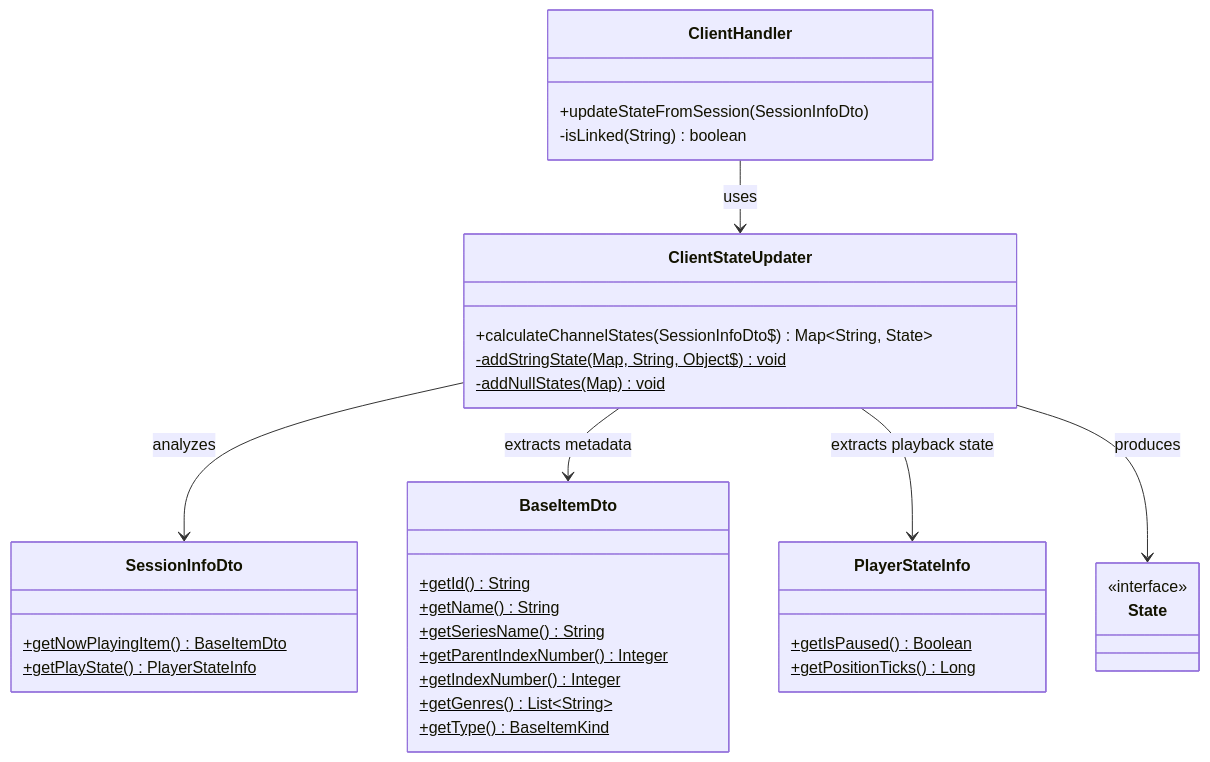
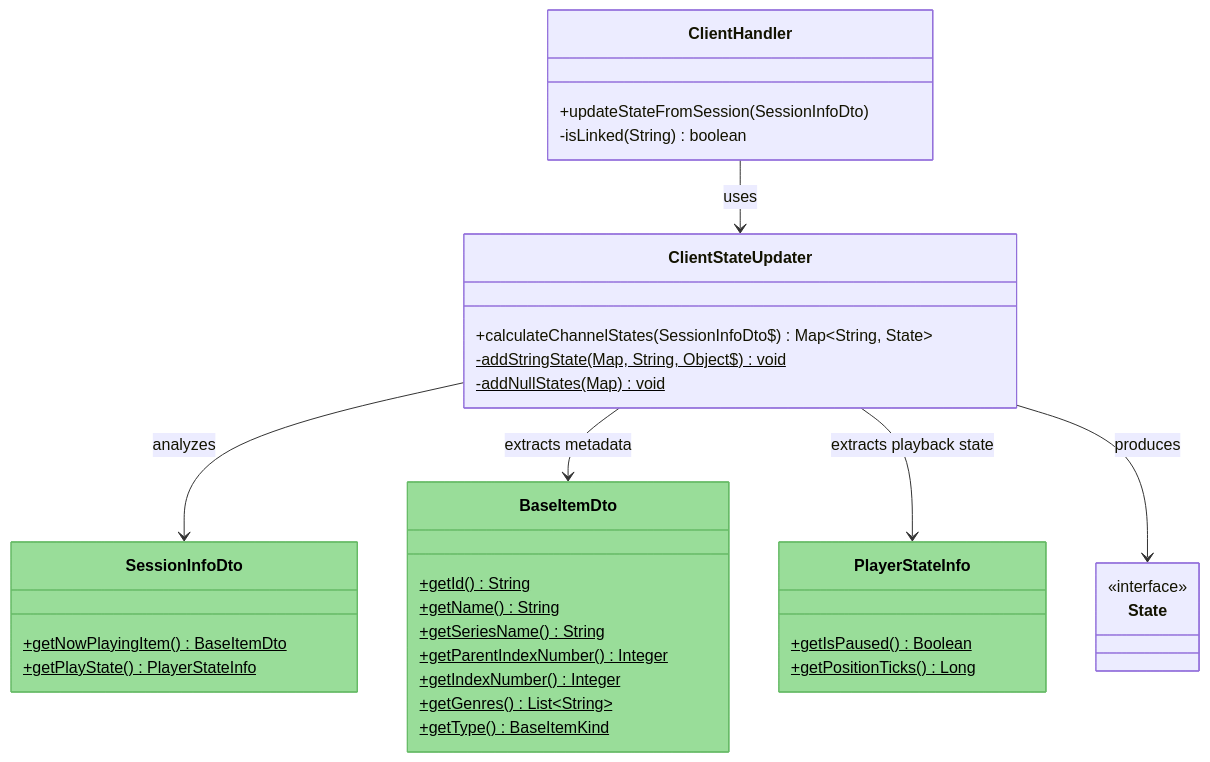
The first of 2 diagrams in bundles/org.openhab.binding.jellyfin/docs/architecture/state-calculation.md (openhab/openhab-addons), drawn with Mermaid before and after one commit. The commit also changed 5 other files, not shown here.

````diff
--- a/bundles/org.openhab.binding.jellyfin/docs/architecture/state-calculation.md
+++ b/bundles/org.openhab.binding.jellyfin/docs/architecture/state-calculation.md
@@ -14,49 +14,48 @@
 ```mermaid
 classDiagram
     ClientHandler --> ClientStateUpdater : uses
     ClientStateUpdater --> SessionInfoDto : analyzes
     ClientStateUpdater --> BaseItemDto : extracts metadata
     ClientStateUpdater --> PlayerStateInfo : extracts playback state
     ClientStateUpdater --> State : produces
 
     class ClientHandler {
         +updateStateFromSession(SessionInfoDto)
         -isLinked(String) boolean
     }
 
     class ClientStateUpdater {
         +calculateChannelStates(SessionInfoDto$) Map~String, State~
         -addStringState(Map, String, Object$) void$
         -addNullStates(Map) void$
     }
 
     class SessionInfoDto {
         +getNowPlayingItem() BaseItemDto$
         +getPlayState() PlayerStateInfo$
     }
 
     class BaseItemDto {
         +getId() String$
         +getName() String$
         +getSeriesName() String$
         +getParentIndexNumber() Integer$
         +getIndexNumber() Integer$
         +getGenres() List~String~$
         +getType() BaseItemKind$
     }
 
     class PlayerStateInfo {
         +getIsPaused() Boolean$
         +getPositionTicks() Long$
     }
 
     class State {
         <<interface>>
     }
 
     %% Color scheme for external libraries
-    classDef openhabApi fill:#99dd99,stroke:#66bb66,color:#000
-    cssClass "BaseItemDto" openhabApi
-    cssClass "PlayerStateInfo" openhabApi
-    cssClass "SessionInfoDto" openhabApi
+    style BaseItemDto fill:#99dd99,stroke:#66bb66,color:#000
+    style PlayerStateInfo fill:#99dd99,stroke:#66bb66,color:#000
+    style SessionInfoDto fill:#99dd99,stroke:#66bb66,color:#000
 ```
````
